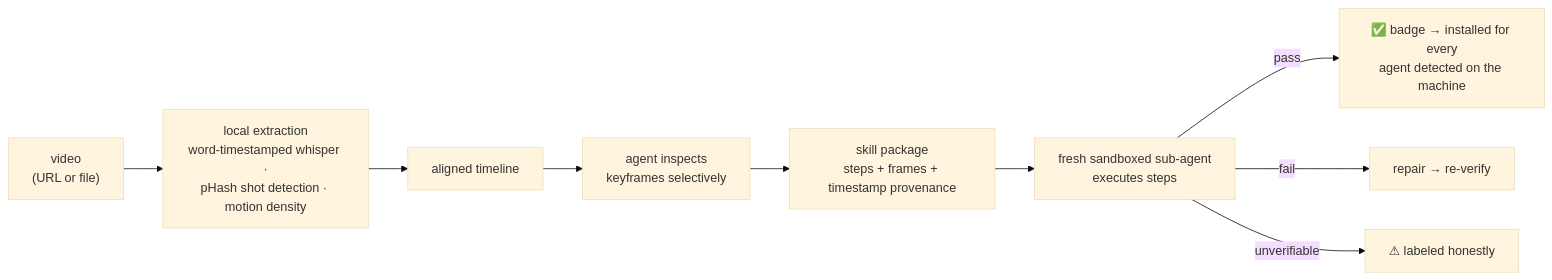
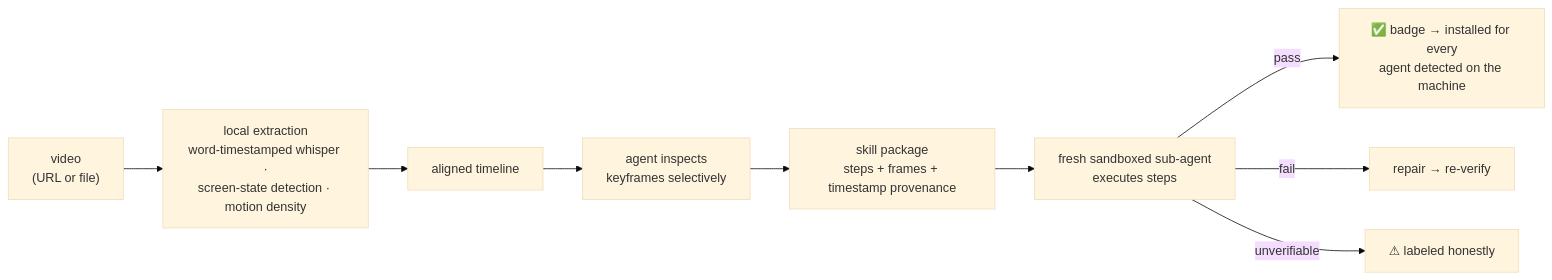
One commit to brenoepics/video-to-skill changed the diagram in README.md. Above: the diagram before and after it, drawn with Mermaid (base theme). The commit also changed other lines of this file and 2 other files, not shown here.

Commit message:
docs: describe evidence keyframe placement

````diff
--- a/README.md
+++ b/README.md
@@ -102,11 +102,11 @@
 ```mermaid
 flowchart LR
-    A["video<br/>(URL or file)"] --> B["local extraction<br/>word-timestamped whisper ·<br/>pHash shot detection · motion density"]
+    A["video<br/>(URL or file)"] --> B["local extraction<br/>word-timestamped whisper ·<br/>screen-state detection · motion density"]
     B --> C[aligned timeline]
     C --> D[agent inspects<br/>keyframes selectively]
     D --> E["skill package<br/>steps + frames + timestamp provenance"]
     E --> F[fresh sandboxed sub-agent<br/>executes steps]
     F -->|pass| G["✅ badge → installed for every<br/>agent detected on the machine"]
     F -->|fail| H[repair → re-verify]
     F -->|unverifiable| I["⚠ labeled honestly"]
 ```
````
